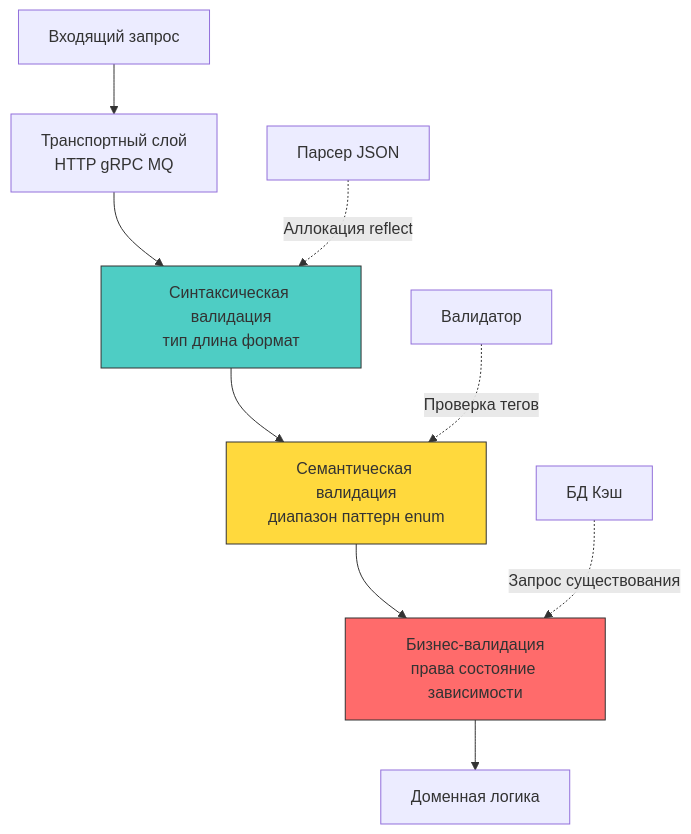
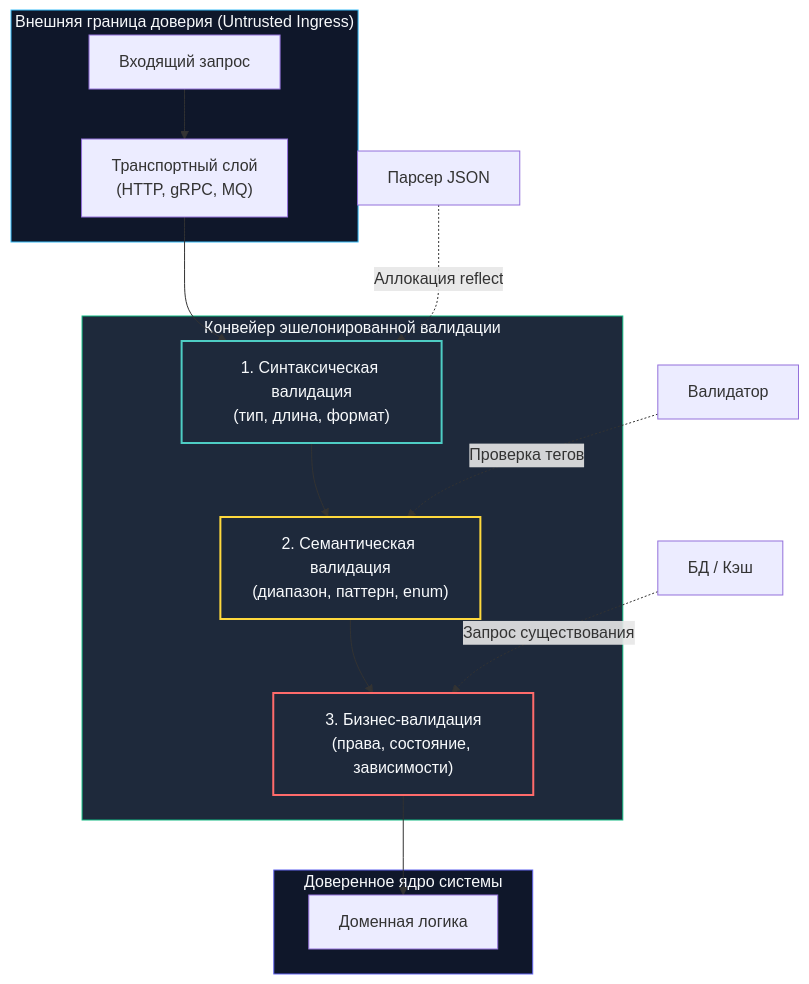
Before and after one commit to UnrealTemplier/go-textbook: the diagram in sources/17. Безопасность (AppSec в Go)/05. Безопасность API/1. Валидация входных данных.md, drawn with Mermaid. The commit also changed other lines of this file, not shown here.

````diff
--- a/sources/17. Безопасность (AppSec в Go)/05. Безопасность API/1. Валидация входных данных.md
+++ b/sources/17. Безопасность (AppSec в Go)/05. Безопасность API/1. Валидация входных данных.md
@@ -7,16 +11,27 @@
 ```mermaid
 flowchart TD
-    A["Входящий запрос"] --> B["Транспортный слой<br>HTTP gRPC MQ"]
-    B --> C["Синтаксическая валидация<br>тип длина формат"]
-    C --> D["Семантическая валидация<br>диапазон паттерн enum"]
-    D --> E["Бизнес-валидация<br>права состояние зависимости"]
-    E --> F["Доменная логика"]
-    
+    subgraph Boundary["Внешняя граница доверия (Untrusted Ingress)"]
+        A["Входящий запрос"] --> B["Транспортный слой<br/>(HTTP, gRPC, MQ)"]
+    end
+
+    subgraph Pipeline["Конвейер эшелонированной валидации"]
+        B --> C["1. Синтаксическая валидация<br/>(тип, длина, формат)"]
+        C --> D["2. Семантическая валидация<br/>(диапазон, паттерн, enum)"]
+        D --> E["3. Бизнес-валидация<br/>(права, состояние, зависимости)"]
+    end
+
+    subgraph Core["Доверенное ядро системы"]
+        E --> F["Доменная логика"]
+    end
+
     G["Парсер JSON"] -.->|"Аллокация reflect"| C
     H["Валидатор"] -.->|"Проверка тегов"| D
-    I["БД Кэш"] -.->|"Запрос существования"| E
-    
-    style C fill:#4ecdc4,stroke:#333
-    style D fill:#ffd93d,stroke:#333
-    style E fill:#ff6b6b,stroke:#333
+    I["БД / Кэш"] -.->|"Запрос существования"| E
+
+    style Boundary fill:#0f172a,stroke:#38bdf8,stroke-width:1px,color:#f8fafc
+    style Pipeline fill:#1e293b,stroke:#10b981,stroke-width:1px,color:#f8fafc
+    style Core fill:#0f172a,stroke:#6366f1,stroke-width:1px,color:#f8fafc
+    style C fill:#1e293b,stroke:#4ecdc4,stroke-width:2px,color:#f8fafc
+    style D fill:#1e293b,stroke:#ffd93d,stroke-width:2px,color:#f8fafc
+    style E fill:#1e293b,stroke:#ff6b6b,stroke-width:2px,color:#f8fafc
 ```
````
